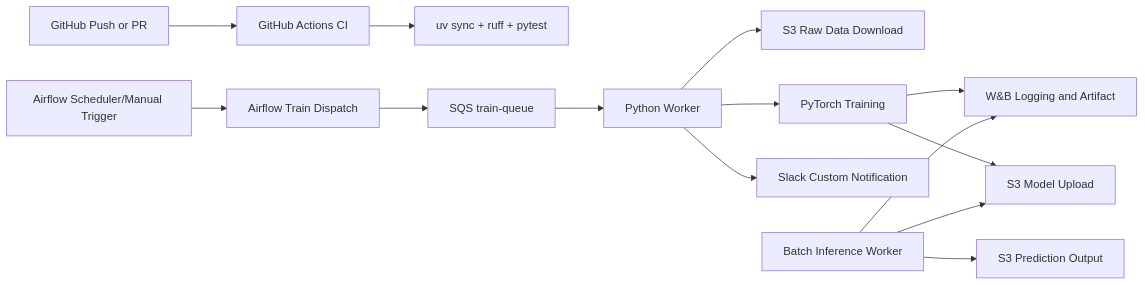
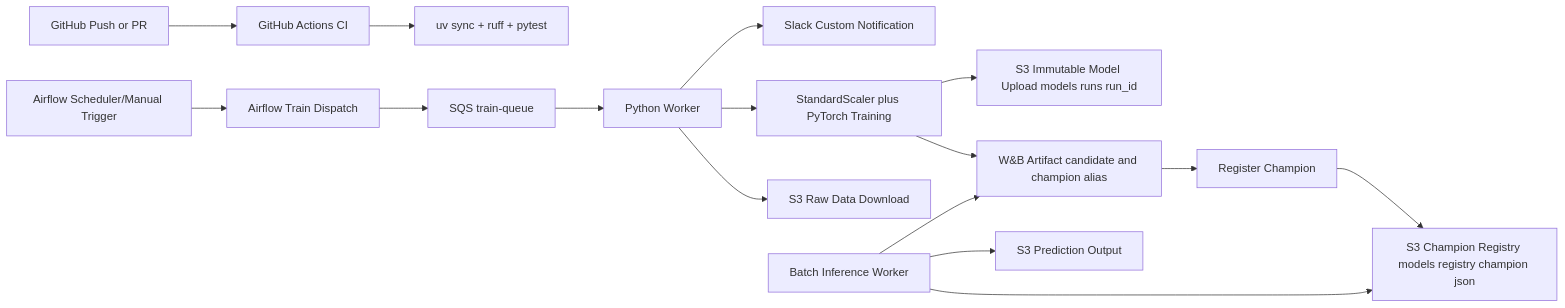
One commit to AIBootcamp24th/mlops-mlops-team-3 changed the diagram in README.md. Above: the diagram before and after it, drawn with Mermaid. The commit also changed other lines of this file and 4 other files, not shown here.

````diff
--- a/README.md
+++ b/README.md
@@ -46,16 +46,18 @@
 ```mermaid
 graph LR
   A[GitHub Push or PR] --> B[GitHub Actions CI]
   N[Airflow Scheduler/Manual Trigger] --> D
   B --> C[uv sync + ruff + pytest]
   D[Airflow Train Dispatch] --> E[SQS train-queue]
   E --> F[Python Worker]
   F --> G[S3 Raw Data Download]
-  F --> H[PyTorch Training]
-  H --> I[W&B Logging and Artifact]
-  H --> J[S3 Model Upload]
+  F --> H[StandardScaler plus PyTorch Training]
+  H --> I[W&B Artifact candidate and champion alias]
+  H --> J[S3 Immutable Model Upload models runs run_id]
+  I --> R[Register Champion]
+  R --> S[S3 Champion Registry models registry champion json]
   F --> K[Slack Custom Notification]
-  L[Batch Inference Worker] --> J
+  L[Batch Inference Worker] --> S
   L --> M[S3 Prediction Output]
   L --> I
 ```
````
